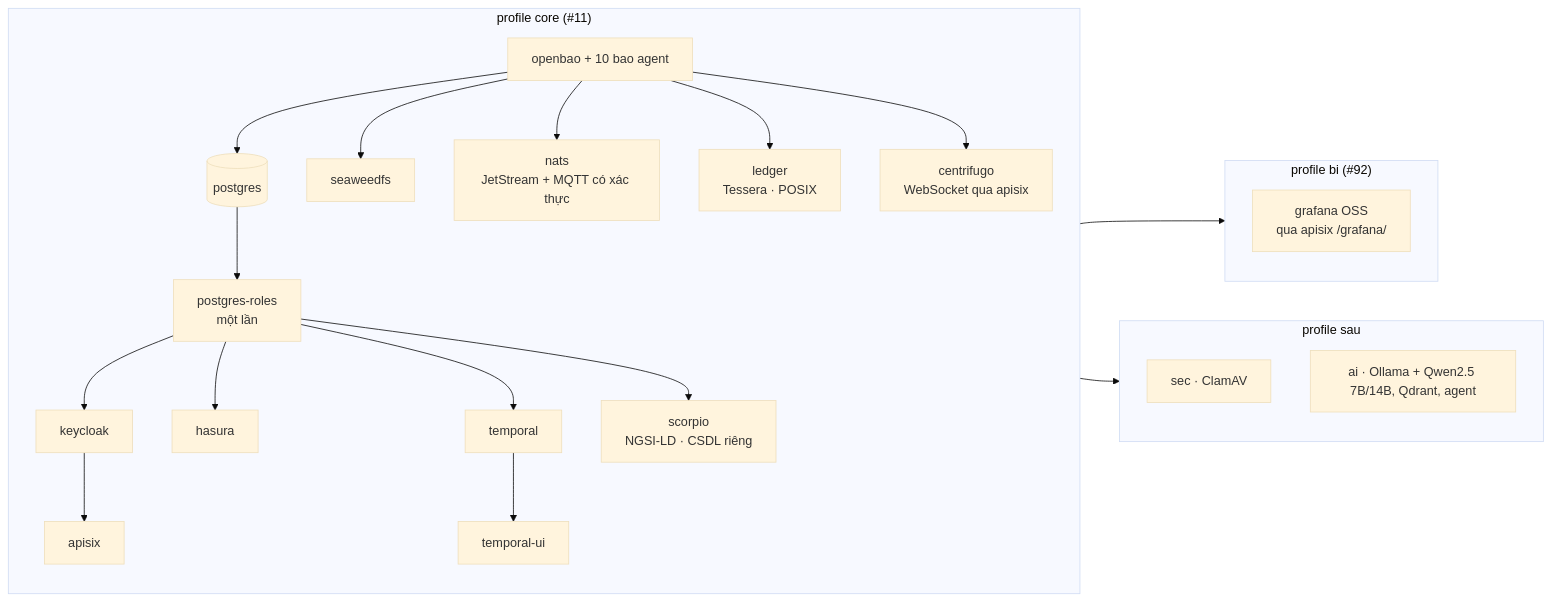
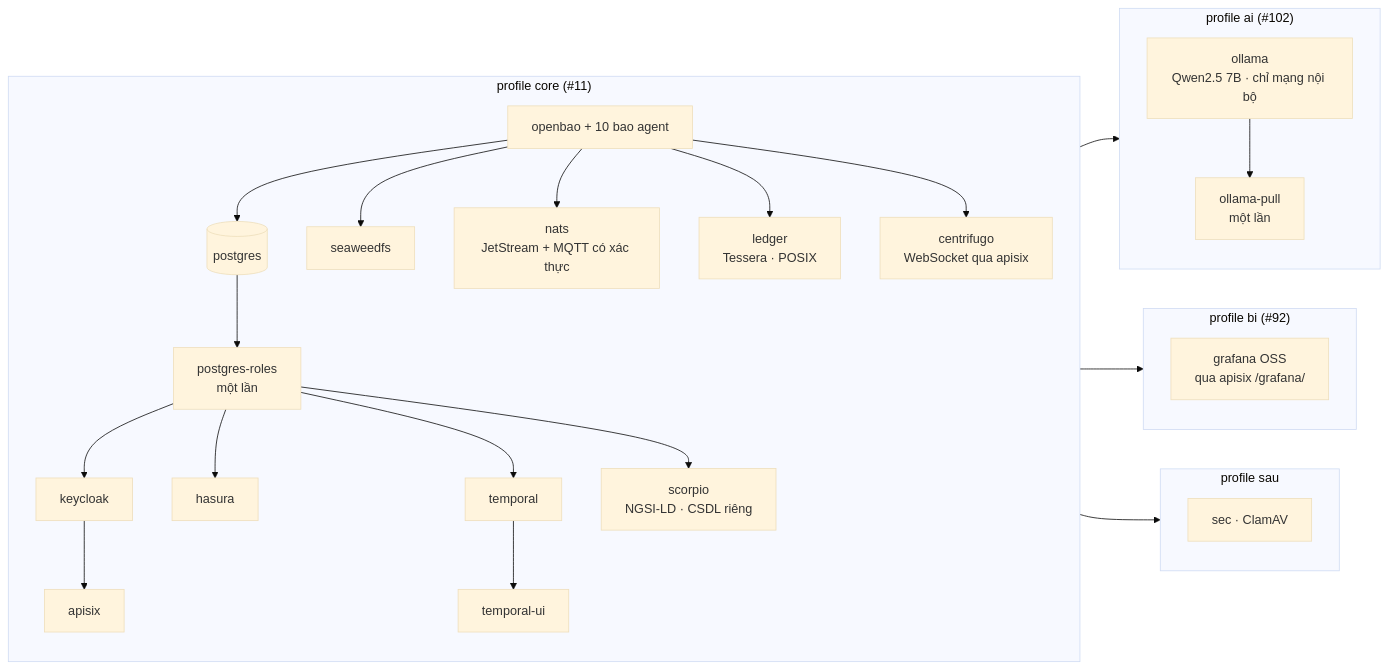
Before and after one commit to disaster-dxos/disaster-dxos: the sixth of 20 diagrams in docs/architecture.md, drawn with Mermaid (base theme). The commit also changed other lines of this file and 13 other files, not shown here.

````diff
--- a/docs/architecture.md
+++ b/docs/architecture.md
@@ -294,24 +294,27 @@
 ```mermaid
 flowchart LR
   subgraph core["profile core (#11)"]
     direction TB
     bao[openbao + 10 bao agent] --> pg[(postgres)] --> roles[postgres-roles<br/>một lần]
     roles --> kc[keycloak] --> gw[apisix]
     roles --> hs[hasura]
     roles --> tp[temporal] --> tui[temporal-ui]
     bao --> sw[seaweedfs]
     bao --> nt[nats<br/>JetStream + MQTT có xác thực]
     bao --> ld[ledger<br/>Tessera · POSIX]
     bao --> cf[centrifugo<br/>WebSocket qua apisix]
     roles --> sc[scorpio<br/>NGSI-LD · CSDL riêng]
   end
   subgraph later["profile sau"]
     sec["sec · ClamAV"]
-    ai["ai · Ollama + Qwen2.5 7B/14B, Qdrant, agent"]
   end
+  subgraph ai["profile ai (#102)"]
+    ol[ollama<br/>Qwen2.5 7B · chỉ mạng nội bộ] --> olp[ollama-pull<br/>một lần]
+  end
+  core --> ai
   subgraph bi["profile bi (#92)"]
     gf[grafana OSS<br/>qua apisix /grafana/]
   end
   core --> bi
   core --> later
 ```
````
